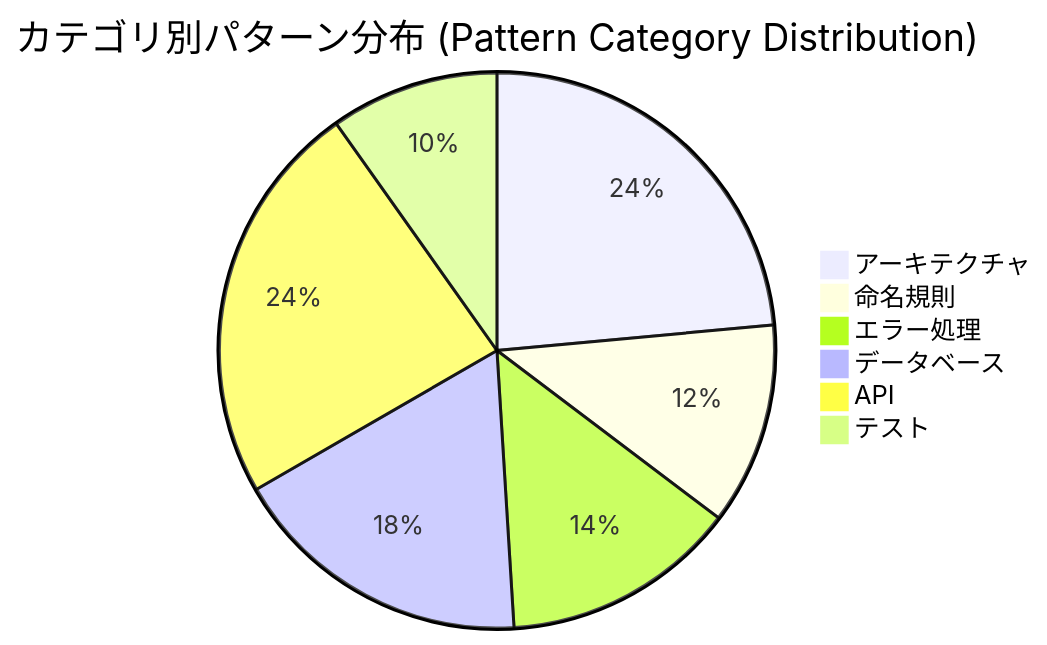
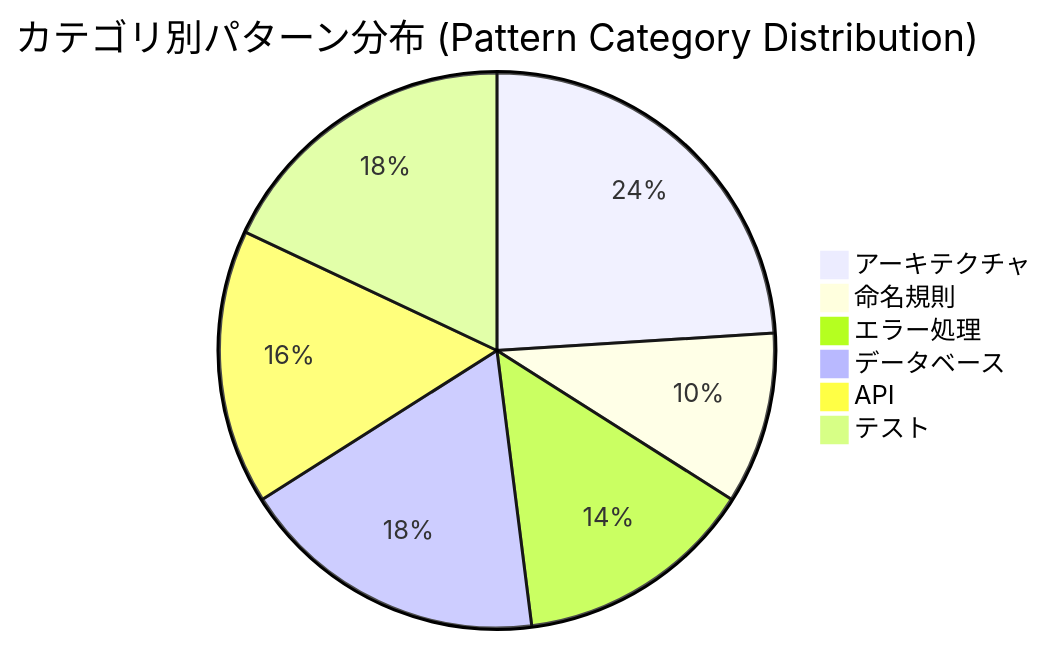
One commit to blitzy-public-samples/aws-carddemo-blitzy changed the second of 2 diagrams in docs/code-style-catalog/index.md. Above: the diagram before and after it, drawn with Mermaid. The commit also changed other lines of this file and 1 other file, not shown here.

````diff
--- a/docs/code-style-catalog/index.md
+++ b/docs/code-style-catalog/index.md
@@ -49,9 +49,9 @@
 ```mermaid
 pie title カテゴリ別パターン分布 (Pattern Category Distribution)
     "アーキテクチャ" : 12
-    "命名規則" : 6
+    "命名規則" : 5
     "エラー処理" : 7
     "データベース" : 9
-    "API" : 12
-    "テスト" : 5
+    "API" : 8
+    "テスト" : 9
 ```
````
